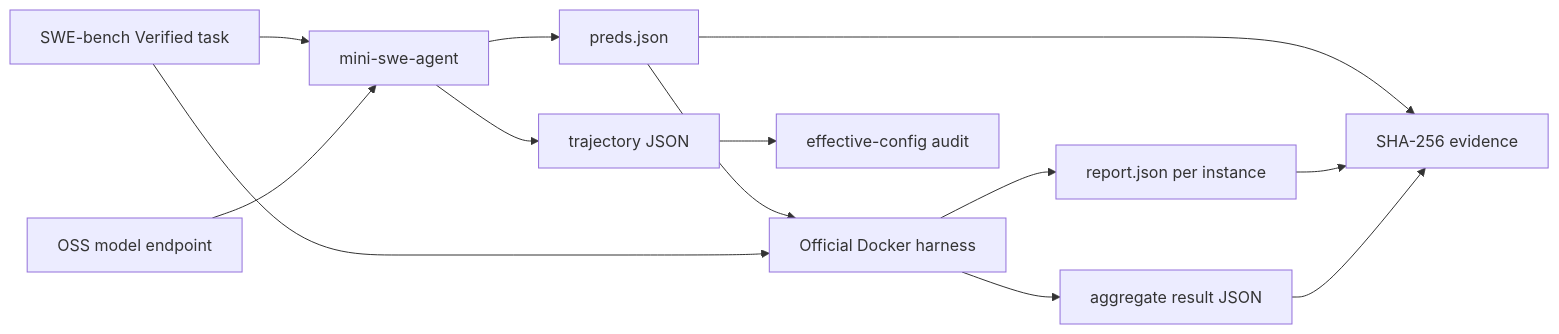
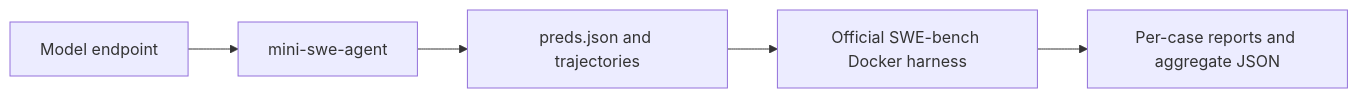
One commit to david-xinyuwei/david-share changed the first of 2 diagrams in Deep-Learning/OSS-Model-SWE-bench-Evaluation-Playbook/README.md. Above: the diagram before and after it, drawn with Mermaid. The commit also changed other lines of this file and 15 other files, not shown here.

Commit message:
feat: validate Azure SWE-bench deployment paths

````diff
--- a/Deep-Learning/OSS-Model-SWE-bench-Evaluation-Playbook/README.md
+++ b/Deep-Learning/OSS-Model-SWE-bench-Evaluation-Playbook/README.md
@@ -556,15 +23,7 @@
 ```mermaid
 flowchart LR
-    D[SWE-bench Verified task] --> A[mini-swe-agent]
-    M[OSS model endpoint] --> A
-    A --> P[preds.json]
-    A --> T[trajectory JSON]
-    P --> H[Official Docker harness]
-    D --> H
-    H --> R[report.json per instance]
-    H --> G[aggregate result JSON]
-    T --> C[effective-config audit]
-    P --> E[SHA-256 evidence]
-    R --> E
-    G --> E
+  E[Model endpoint] --> A[mini-swe-agent]
+  A --> P[preds.json and trajectories]
+  P --> H[Official SWE-bench Docker harness]
+  H --> R[Per-case reports and aggregate JSON]
 ```
````
